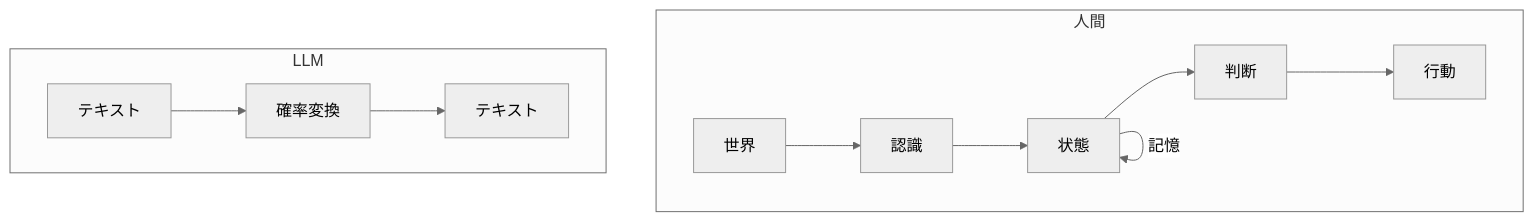
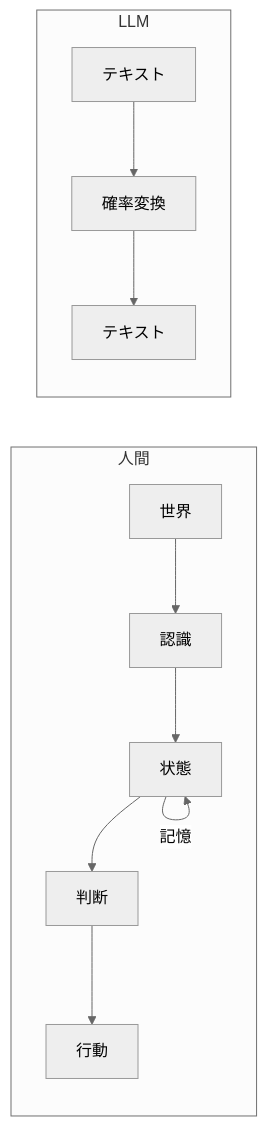
One commit to Samizo-AITL/qiita-articles changed the third of 3 diagrams in articles/24_llm_structure_overview.md. Above: the diagram before and after it, drawn with Mermaid (neutral theme).

````diff
--- a/articles/24_llm_structure_overview.md
+++ b/articles/24_llm_structure_overview.md
@@ -126,15 +126,15 @@
 ```mermaid
-flowchart TD
+flowchart LR
     subgraph Human[人間]
         H1[世界] --> H2[認識]
         H2 --> H3[状態]
         H3 --> H4[判断]
         H4 --> H5[行動]
         H3 -->|記憶| H3
     end
 
     subgraph LLM[LLM]
         L1[テキスト] --> L2[確率変換]
         L2 --> L3[テキスト]
     end
 ```
````
